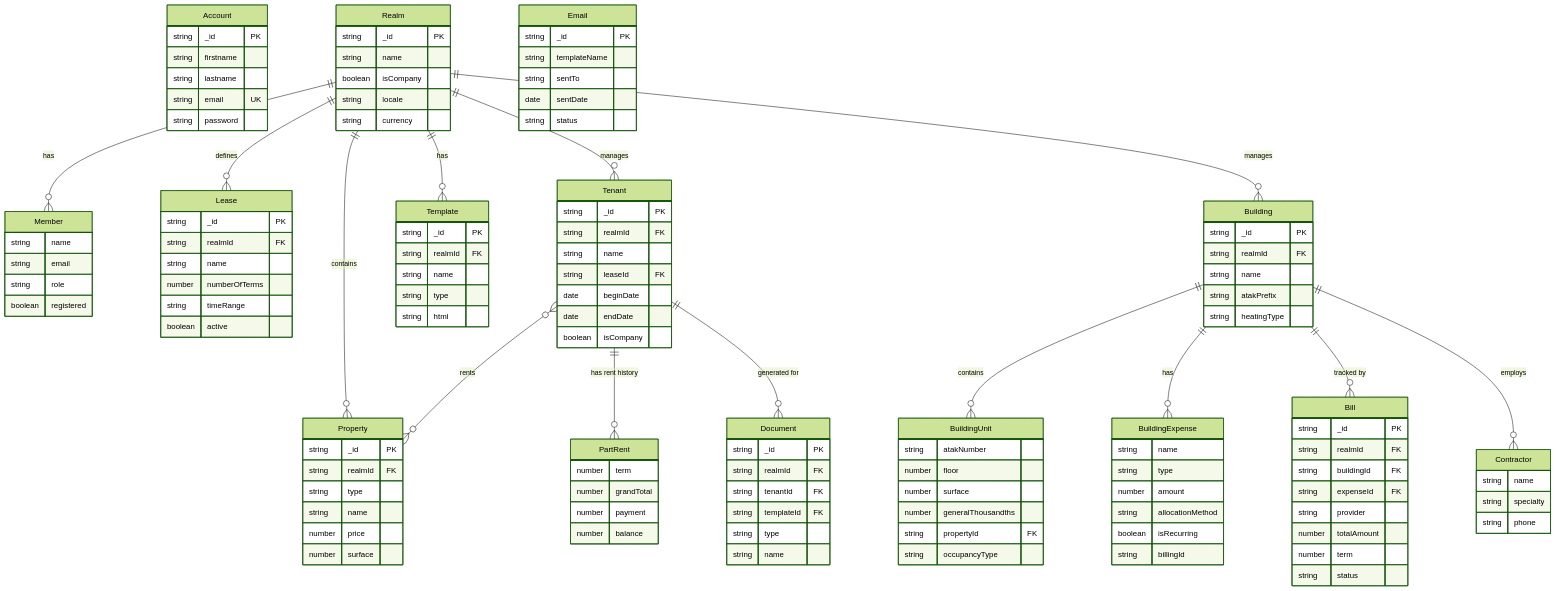
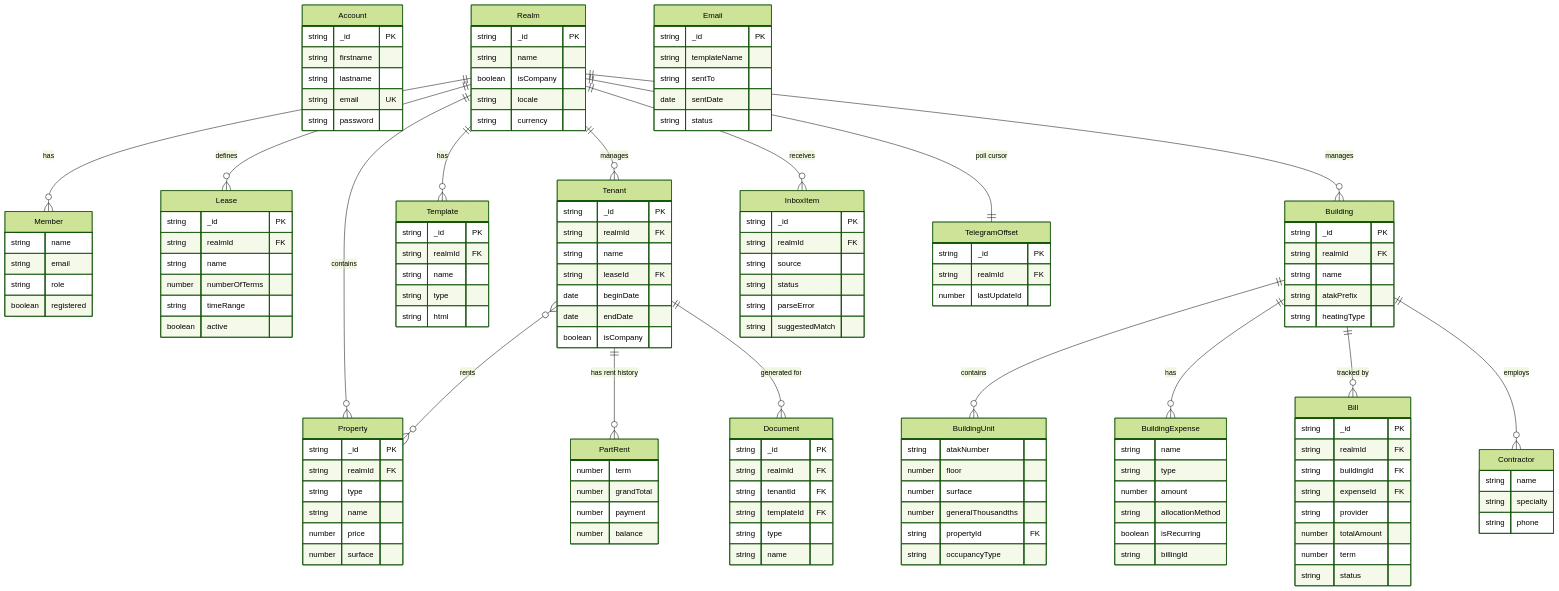
The fourth of 6 diagrams in .kiro/steering/architecture-diagrams.md (directorscut82/microrealestate), drawn with Mermaid (forest theme) before and after one commit. The commit also changed other lines of this file and 27 other files, not shown here.

````diff
--- a/.kiro/steering/architecture-diagrams.md
+++ b/.kiro/steering/architecture-diagrams.md
@@ -299,4 +300,21 @@
         string phone
     }
 
+    Realm ||--o{ InboxItem : receives
+    InboxItem {
+        string _id PK
+        string realmId FK
+        string source
+        string status
+        string parseError
+        string suggestedMatch
+    }
+
+    Realm ||--|| TelegramOffset : "poll cursor"
+    TelegramOffset {
+        string _id PK
+        string realmId FK
+        number lastUpdateId
+    }
+
 ```
````
